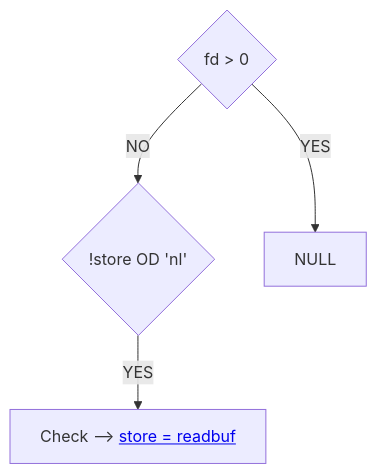
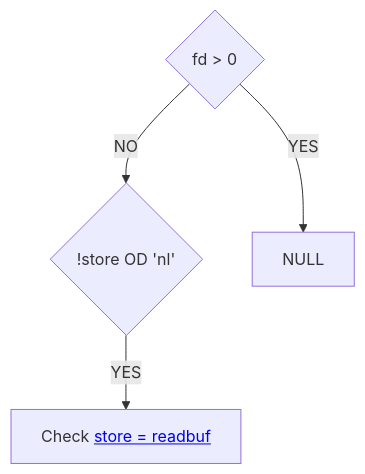
The diagram in doc/flow_chart.mmd (ELREKO/42-P1-get_next_line), drawn with Mermaid before and after one commit.

```diff
--- a/doc/flow_chart.mmd
+++ b/doc/flow_chart.mmd
@@ -1,5 +1,5 @@
 
 graph TD
     A{fd > 0} -->|NO| B{!store OD 'nl'}
     A --> |YES|C[NULL]
-    B --> |YES|D[Check --> <a href=https://github.com/ELREKO/get_next_line/blob/main/doc/readbuf.mmd> store = readbuf </a> ]
+    B --> |YES|D[Check <a href=https://github.com/ELREKO/get_next_line/blob/main/doc/readbuf.mmd> store = readbuf </a> ]
```
